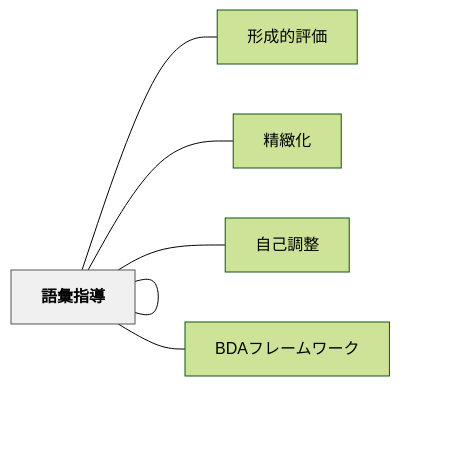
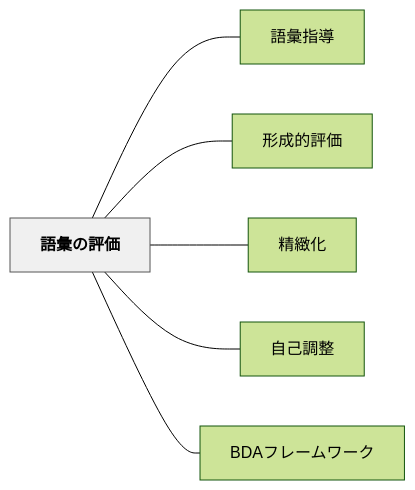
The diagram in content/パタン/語彙の評価.md (unknownthings-ed-patterns/unknownthings-ed-patterns), drawn with Mermaid (forest theme) before and after one commit. The commit also changed 527 other files, not shown here.

````diff
--- a/content/パタン/語彙の評価.md
+++ b/content/パタン/語彙の評価.md
@@ -144,18 +144,18 @@
 ```mermaid
 flowchart LR
-    ne8aa9ee5bd99["語彙の評価"]
-    ne8aa9ee5bd99["語彙指導"]
-    ne5bda2e68890["形成的評価"]
-    ne7b2bee7b7bb["精緻化"]
-    ne887aae5b7b1["自己調整"]
-    n424441e38395["BDAフレームワーク"]
+    ne8aa9ee5bd99e381aee8a995e4bea1["語彙の評価"]
+    ne8aa9ee5bd99e68c87e5b08e["語彙指導"]
+    ne5bda2e68890e79a84e8a995e4bea1["形成的評価"]
+    ne7b2bee7b7bbe58c96["精緻化"]
+    ne887aae5b7b1e8aabfe695b4["自己調整"]
+    n424441e38395e383ace383bce383a0e383afe383bce382af["BDAフレームワーク"]
 
-    ne8aa9ee5bd99 --- ne8aa9ee5bd99
-    ne8aa9ee5bd99 --- ne5bda2e68890
-    ne8aa9ee5bd99 --- ne7b2bee7b7bb
-    ne8aa9ee5bd99 --- ne887aae5b7b1
-    ne8aa9ee5bd99 --- n424441e38395
+    ne8aa9ee5bd99e381aee8a995e4bea1 --- ne8aa9ee5bd99e68c87e5b08e
+    ne8aa9ee5bd99e381aee8a995e4bea1 --- ne5bda2e68890e79a84e8a995e4bea1
+    ne8aa9ee5bd99e381aee8a995e4bea1 --- ne7b2bee7b7bbe58c96
+    ne8aa9ee5bd99e381aee8a995e4bea1 --- ne887aae5b7b1e8aabfe695b4
+    ne8aa9ee5bd99e381aee8a995e4bea1 --- n424441e38395e383ace383bce383a0e383afe383bce382af
 
     classDef hub fill:#f0f0f0,stroke:#555,color:#000,font-weight:bold
-    class ne8aa9ee5bd99 hub
+    class ne8aa9ee5bd99e381aee8a995e4bea1 hub
 ```
````
